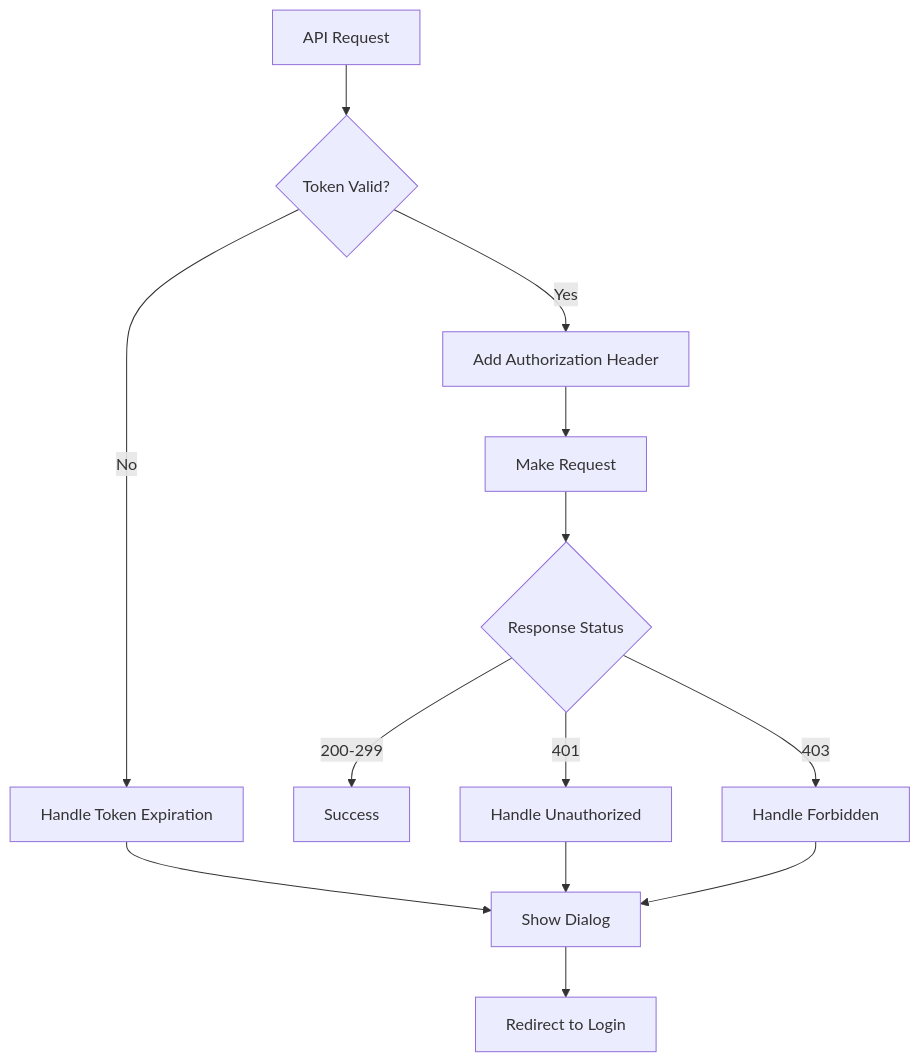
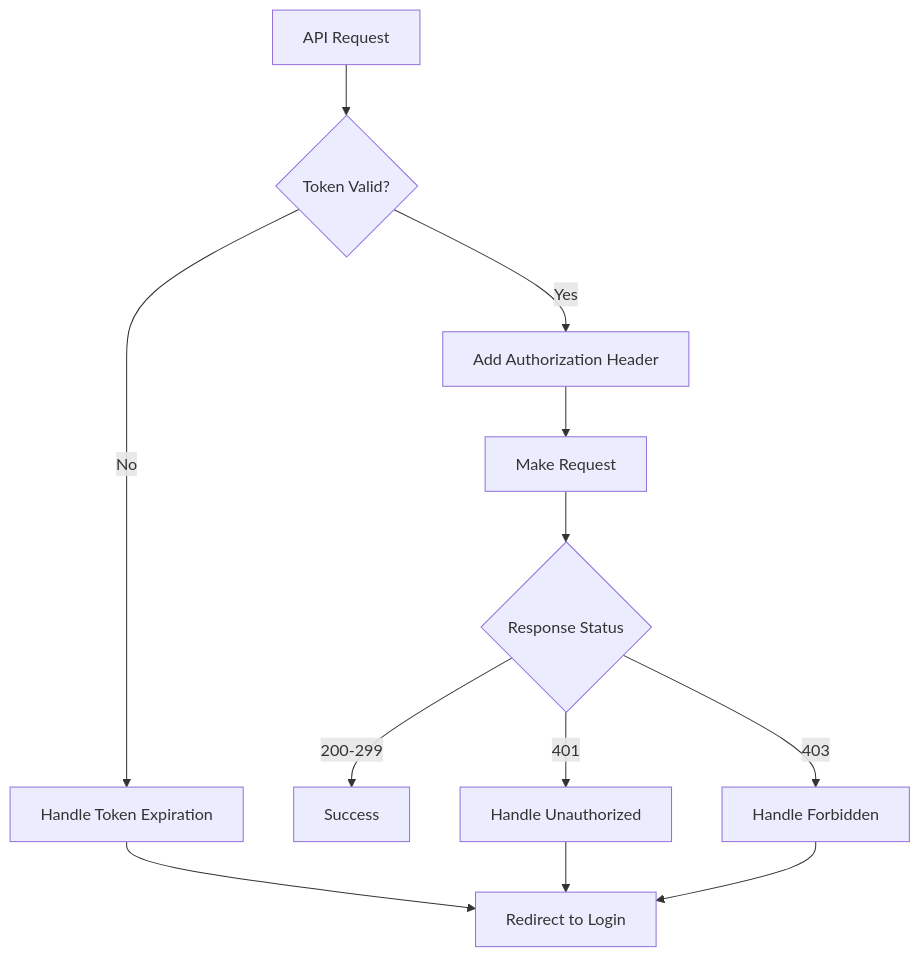
The diagram in docs/token_expiration_handling.md (andreamsilu/fundi-app), drawn with Mermaid before and after one commit. The commit also changed other lines of this file and 87 other files, not shown here.

````diff
--- a/docs/token_expiration_handling.md
+++ b/docs/token_expiration_handling.md
@@ -83,15 +82,14 @@
 ```mermaid
 graph TD
     A[API Request] --> B{Token Valid?}
     B -->|Yes| C[Add Authorization Header]
     B -->|No| D[Handle Token Expiration]
     C --> E[Make Request]
     E --> F{Response Status}
     F -->|200-299| G[Success]
     F -->|401| H[Handle Unauthorized]
     F -->|403| I[Handle Forbidden]
-    D --> J[Show Dialog]
-    J --> K[Redirect to Login]
-    H --> J
-    I --> J
+    D --> K[Redirect to Login]
+    H --> K
+    I --> K
 ```
````
